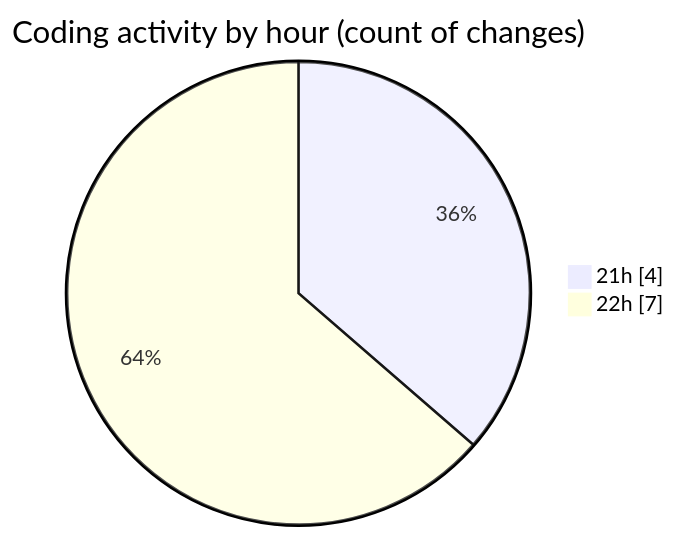
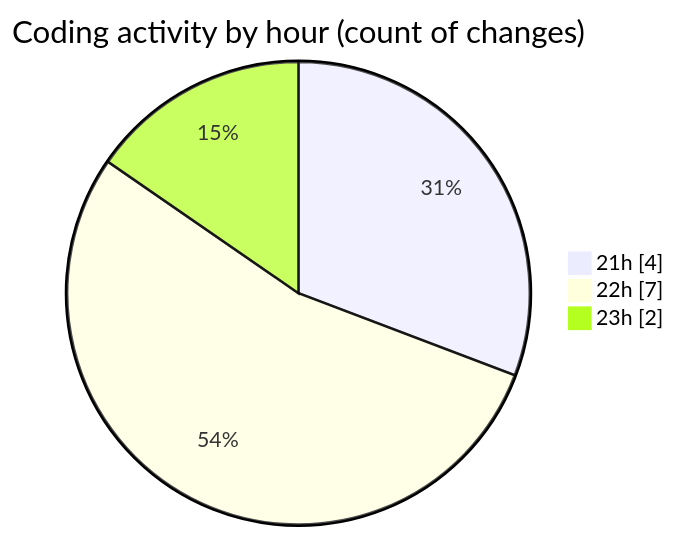
Before and after one commit to robertbonfada/code-tracking: the second of 2 diagrams in 2025-03-03/termonied_testador/README.md, drawn with Mermaid. The commit also changed other lines of this file and 1 other file, not shown here.

````diff
--- a/2025-03-03/termonied_testador/README.md
+++ b/2025-03-03/termonied_testador/README.md
@@ -33,6 +33,7 @@
 ```mermaid
 pie showData
 title Coding activity by hour (count of changes)
 "21h" : 4
 "22h" : 7
+"23h" : 2
 ```
````
